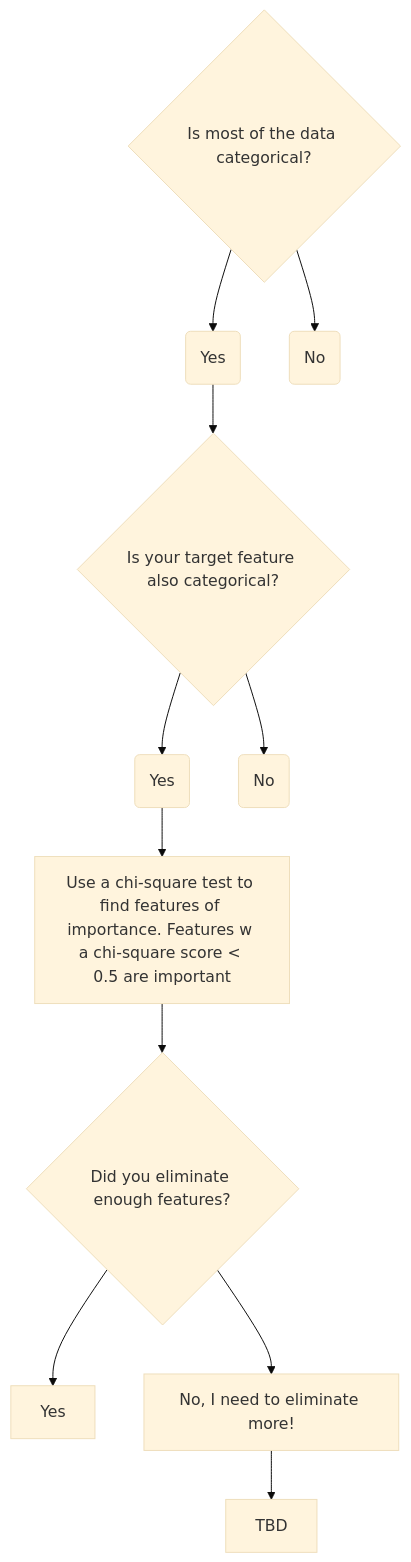
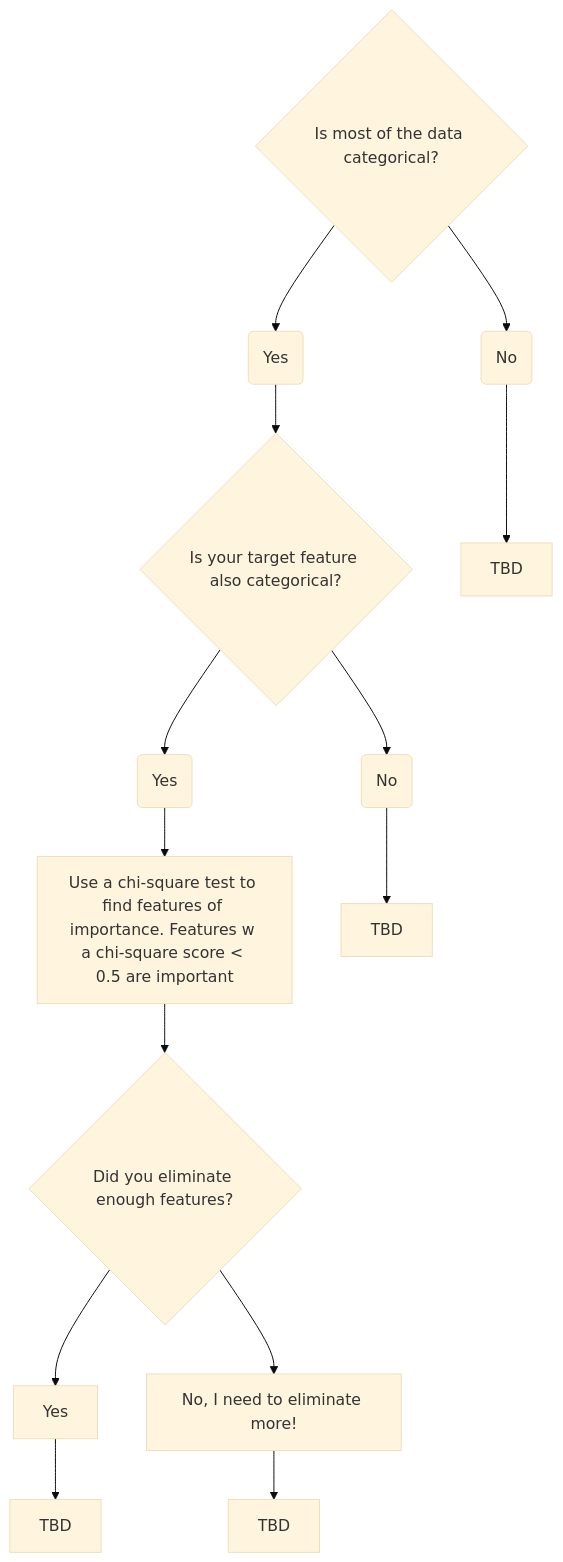
One commit to bigtoga/Examples changed the diagram in AI + ML + Predictive Analytics/Decision making in Data Science.md. Above: the diagram before and after it, drawn with Mermaid (base theme). The commit also changed other lines of this file, not shown here.

Commit message:
Update Decision making in Data Science.md

````diff
--- a/AI + ML + Predictive Analytics/Decision making in Data Science.md
+++ b/AI + ML + Predictive Analytics/Decision making in Data Science.md
@@ -17,14 +18,17 @@
 ``` mermaid
 graph TD;
   q1{Is most of the data categorical?}
   q1-->q1Yes(Yes);
   q1Yes-->q2{Is your target feature also categorical?}
   q2-->q2Yes(Yes)
   q2-->q2No(No)
   q2Yes-->q2Done[Use a chi-square test to find features of importance. Features w a chi-square score < 0.5 are important]
+  q2No-->q2NoDone[TBD]
   q2Done-->q3{Did you eliminate enough features?}
   q3-->q3Yes[Yes]
   q3-->q3No[No, I need to eliminate more!]
   q3No-->q3Done[TBD]
+  q3Yes-->q3YesDone[TBD]
   q1-->q1No(No);
+  q1No-->q1NoDone[TBD]
 ```
````
